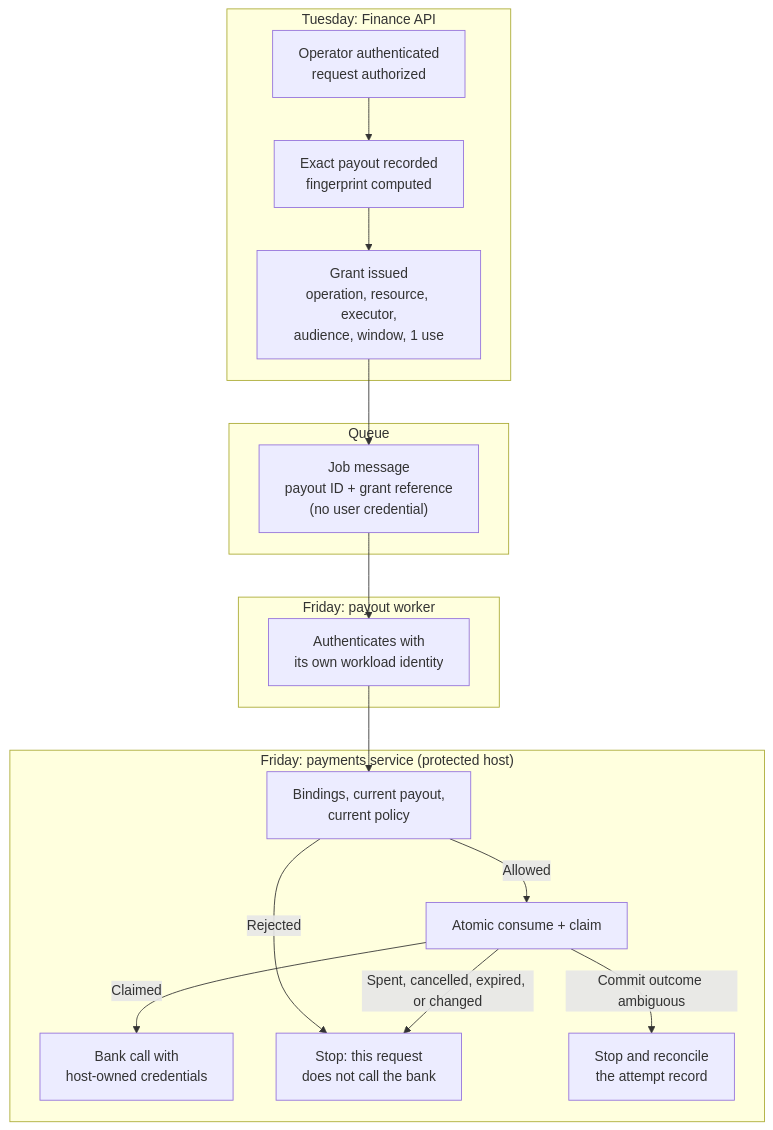
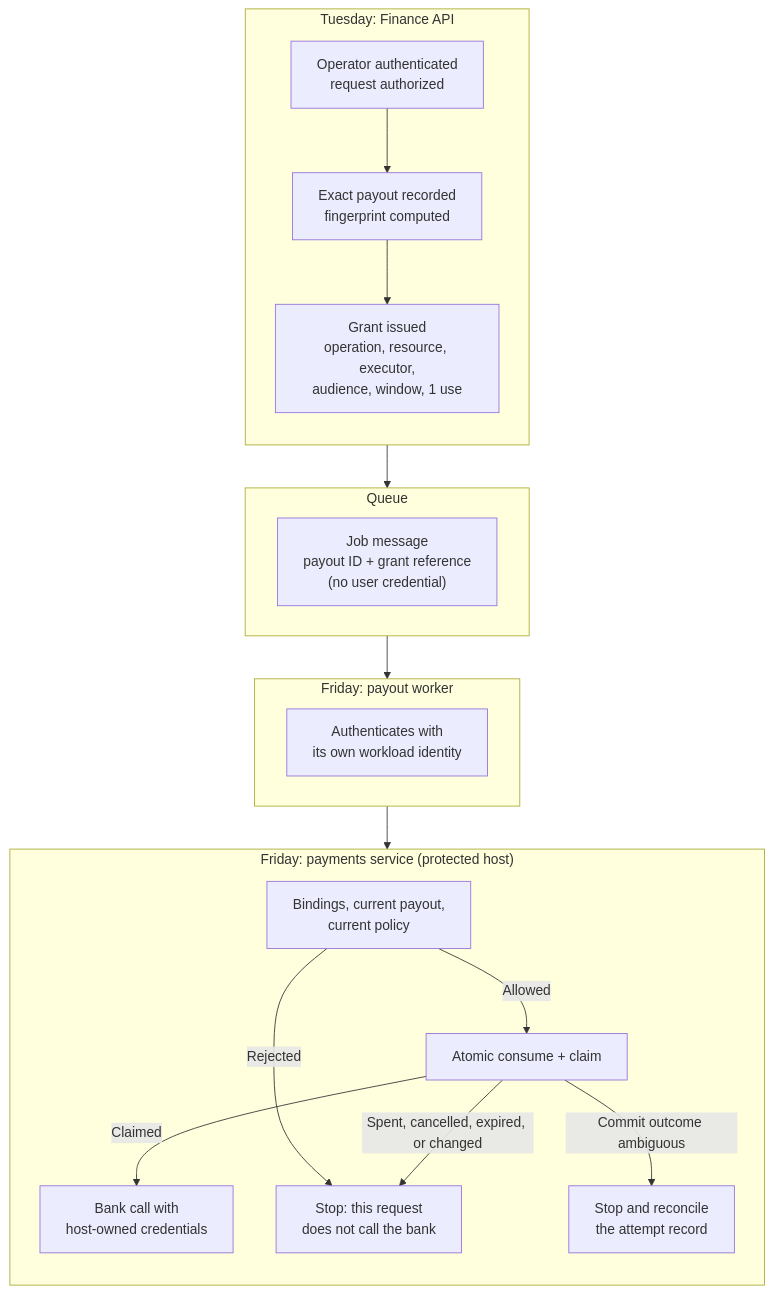
The diagram in docs/articles/2026/short-lived-execution-authority-vs-user-authorization.md (AsiBackbone/Learning), drawn with Mermaid before and after one commit.

Commit message:
Keep handoff diagram arrows clear of subgraph titles
Link the trust-boundary subgraphs to each other (T --> Q --> F --> H)
instead of linking nodes inside them, so each arrow ends at the next
box's border rather than crossing its title. Set direction TB inside
the Finance API and payments service subgraphs to keep their contents
stacked vertically and readable at article width.

Verified in the built site: no edge path intersects any subgraph title.

Refs #395

````diff
--- a/docs/articles/2026/short-lived-execution-authority-vs-user-authorization.md
+++ b/docs/articles/2026/short-lived-execution-authority-vs-user-authorization.md
@@ -180,21 +180,23 @@
 ```mermaid
 flowchart TD
     subgraph T["Tuesday: Finance API"]
+        direction TB
         A["Operator authenticated<br/>request authorized"] --> B["Exact payout recorded<br/>fingerprint computed"]
         B --> C["Grant issued<br/>operation, resource, executor,<br/>audience, window, 1 use"]
     end
     subgraph Q["Queue"]
         M["Job message<br/>payout ID + grant reference<br/>(no user credential)"]
     end
     subgraph F["Friday: payout worker"]
         W["Authenticates with<br/>its own workload identity"]
     end
     subgraph H["Friday: payments service (protected host)"]
+        direction TB
         V["Bindings, current payout,<br/>current policy"] -->|Allowed| K["Atomic consume + claim"]
         K -->|Claimed| X["Bank call with<br/>host-owned credentials"]
         V -->|Rejected| N["Stop: this request<br/>does not call the bank"]
         K -->|Spent, cancelled, expired, or changed| N
         K -->|Commit outcome ambiguous| R["Stop and reconcile<br/>the attempt record"]
     end
-    C --> M --> W --> V
+    T --> Q --> F --> H
 ```
````
